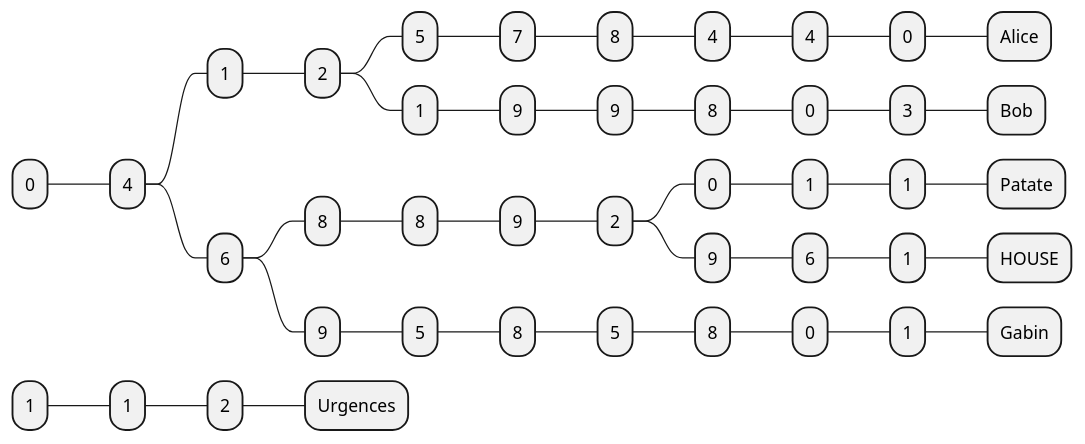
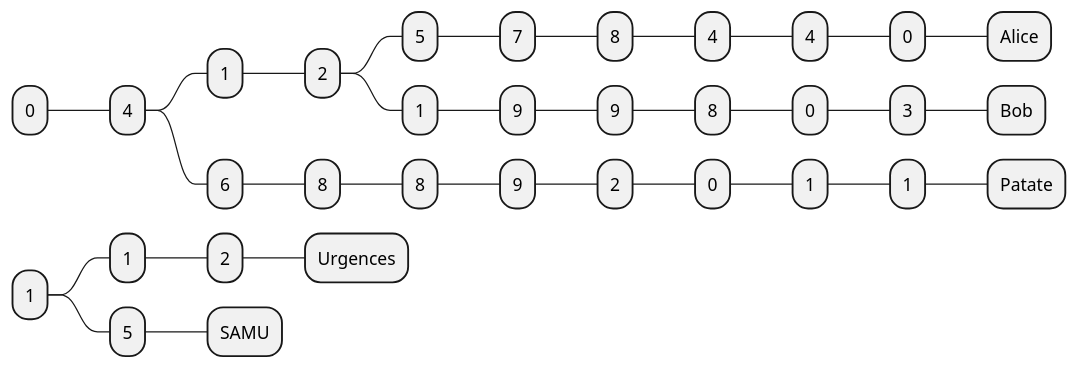
The diagram in graph/04_common_parts.puml (Gab1TN/rustProject), drawn with PlantUML before and after one commit.

Commit message:
fix(graph): regenerate 04_common_parts from its dataset
The committed mindmap had been generated from a locally modified copy
of data/04_common_parts.json. Regenerate it from the committed dataset
so it matches the expected output of the subject.

```diff
--- a/graph/04_common_parts.puml
+++ b/graph/04_common_parts.puml
@@ -1,45 +1,35 @@
 @startmindmap
 * 0
 ** 4
 *** 1
 **** 2
 ***** 5
 ****** 7
 ******* 8
 ******** 4
 ********* 4
 ********** 0
 *********** Alice
 ***** 1
 ****** 9
 ******* 9
 ******** 8
 ********* 0
 ********** 3
 *********** Bob
 *** 6
 **** 8
 ***** 8
 ****** 9
 ******* 2
 ******** 0
 ********* 1
 ********** 1
 *********** Patate
-******** 9
-********* 6
-********** 1
-*********** HOUSE
-**** 9
-***** 5
-****** 8
-******* 5
-******** 8
-********* 0
-********** 1
-*********** Gabin
 * 1
 ** 1
 *** 2
 **** Urgences
+** 5
+*** SAMU
 @endmindmap
```
